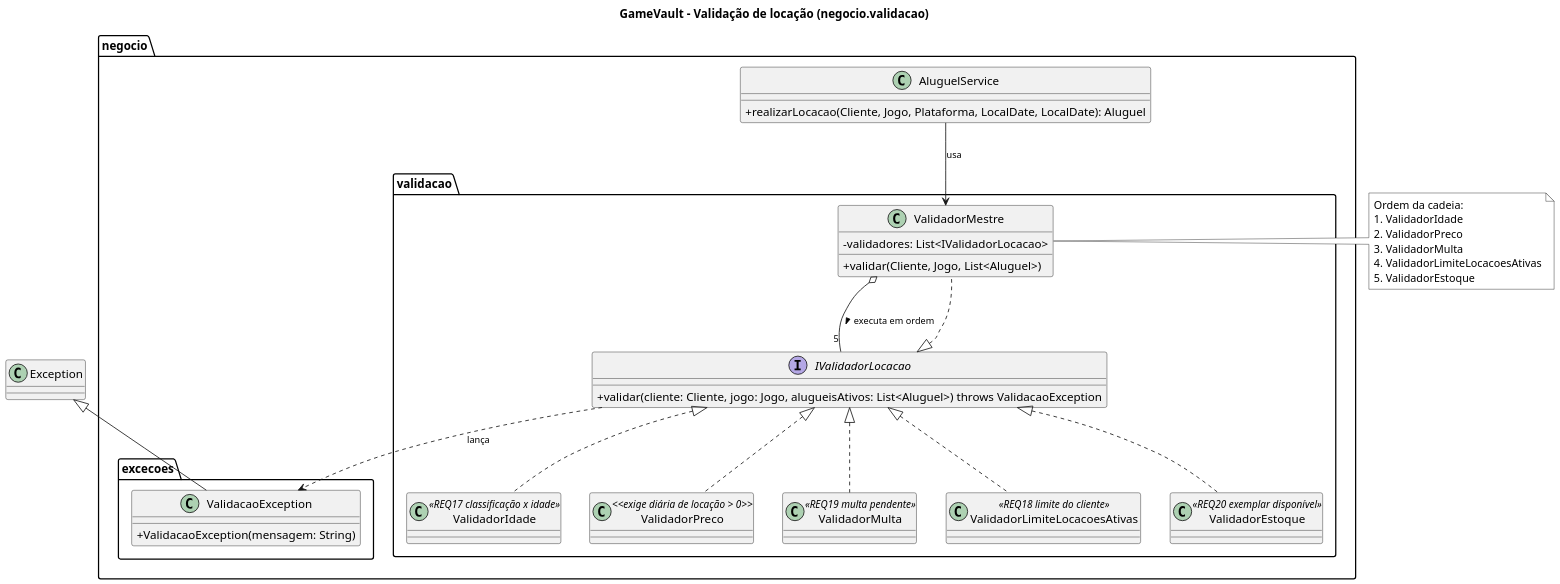
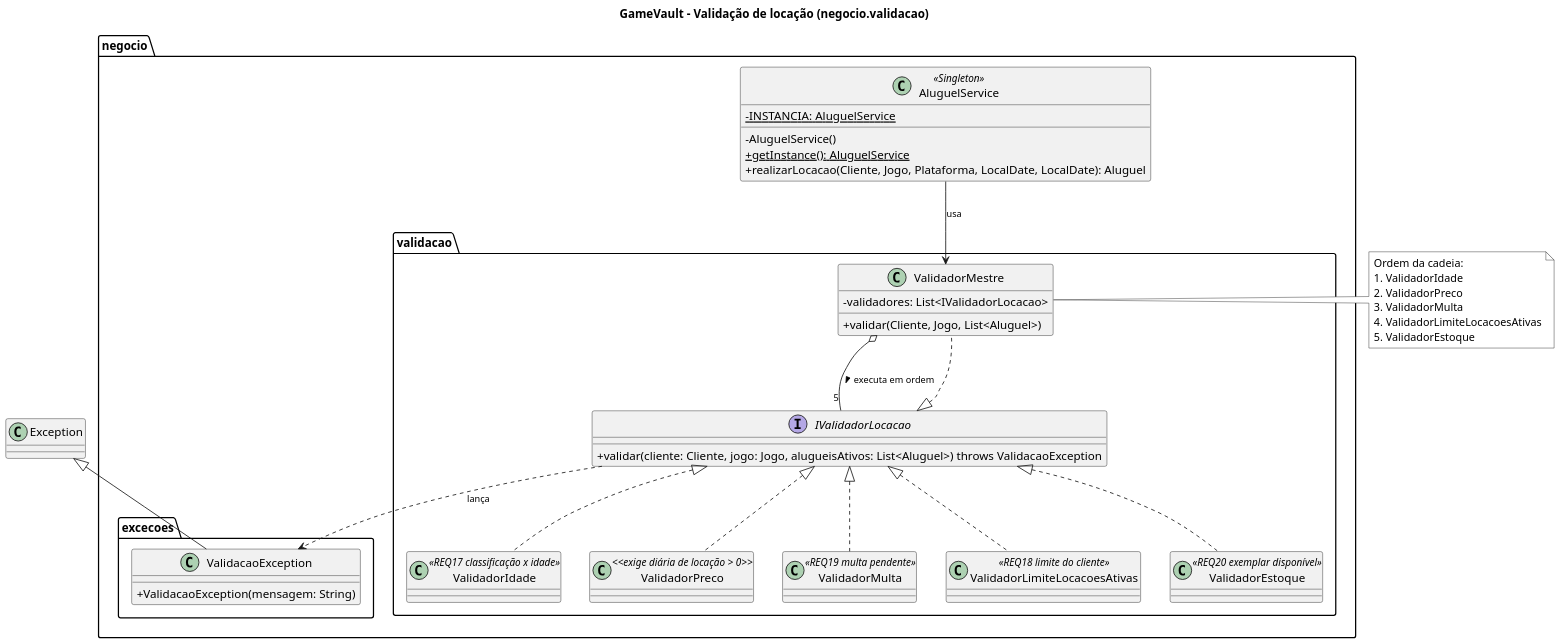
One commit to Francisco1Luna/GameVault changed the diagram in docs/uml-fonte/validacao.puml. Above: the diagram before and after it, drawn with PlantUML. The commit also changed 19 other files, not shown here.

```diff
--- a/docs/uml-fonte/validacao.puml
+++ b/docs/uml-fonte/validacao.puml
@@ -1,73 +1,76 @@
 @startuml
 skinparam classAttributeIconSize 0
 skinparam dpi 150
 skinparam shadowing false
 skinparam ArrowColor #181818
 skinparam ArrowFontSize 11
 skinparam PackageBorderColor #000000
 skinparam PackageBackgroundColor #FFFFFF
 skinparam NoteBackgroundColor #FFFFFF
 skinparam NoteBorderColor #181818
 skinparam class {
   BackgroundColor #F1F1F1
   BorderColor #181818
 }
 skinparam enum {
   BackgroundColor #F1F1F1
   BorderColor #181818
 }
 skinparam abstract {
   BackgroundColor #F1F1F1
   BorderColor #181818
 }
 skinparam interface {
   BackgroundColor #F1F1F1
   BorderColor #181818
 }
 title GameVault - Validação de locação (negocio.validacao)
 
 package negocio {
-  class AluguelService {
+  class AluguelService <<Singleton>> {
+    {static} -INSTANCIA: AluguelService
+    -AluguelService()
+    {static} +getInstance(): AluguelService
     +realizarLocacao(Cliente, Jogo, Plataforma, LocalDate, LocalDate): Aluguel
   }
   package negocio.validacao {
     interface IValidadorLocacao {
       +validar(cliente: Cliente, jogo: Jogo, alugueisAtivos: List<Aluguel>) throws ValidacaoException
     }
     class ValidadorMestre {
       -validadores: List<IValidadorLocacao>
       +validar(Cliente, Jogo, List<Aluguel>)
     }
     class ValidadorIdade <<REQ17 classificação x idade>>
     class ValidadorPreco <<exige diária de locação > 0>>
     class ValidadorMulta <<REQ19 multa pendente>>
     class ValidadorLimiteLocacoesAtivas <<REQ18 limite do cliente>>
     class ValidadorEstoque <<REQ20 exemplar disponível>>
   }
   package negocio.excecoes {
     class ValidacaoException {
       +ValidacaoException(mensagem: String)
     }
   }
 }
 
 AluguelService --> ValidadorMestre : usa
 IValidadorLocacao <|.. ValidadorMestre
 IValidadorLocacao <|.. ValidadorIdade
 IValidadorLocacao <|.. ValidadorPreco
 IValidadorLocacao <|.. ValidadorMulta
 IValidadorLocacao <|.. ValidadorLimiteLocacoesAtivas
 IValidadorLocacao <|.. ValidadorEstoque
 ValidadorMestre o-- "5" IValidadorLocacao : executa em ordem >
 IValidadorLocacao ..> ValidacaoException : lança
 Exception <|-- ValidacaoException
 
 note right of ValidadorMestre
   Ordem da cadeia:
   1. ValidadorIdade
   2. ValidadorPreco
   3. ValidadorMulta
   4. ValidadorLimiteLocacoesAtivas
   5. ValidadorEstoque
 end note
 @enduml
```
